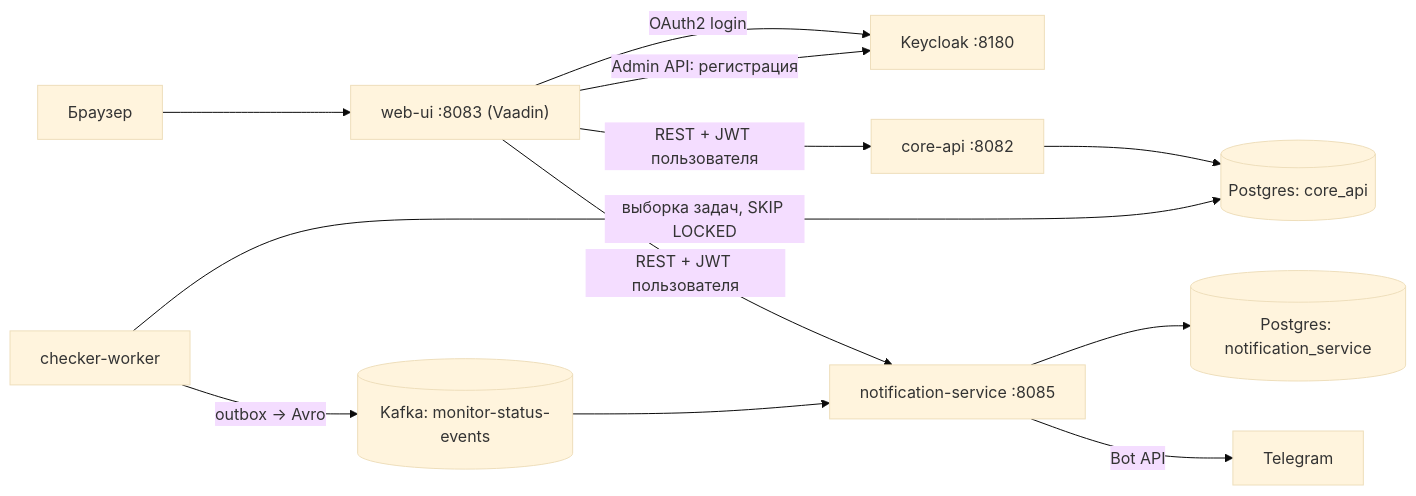
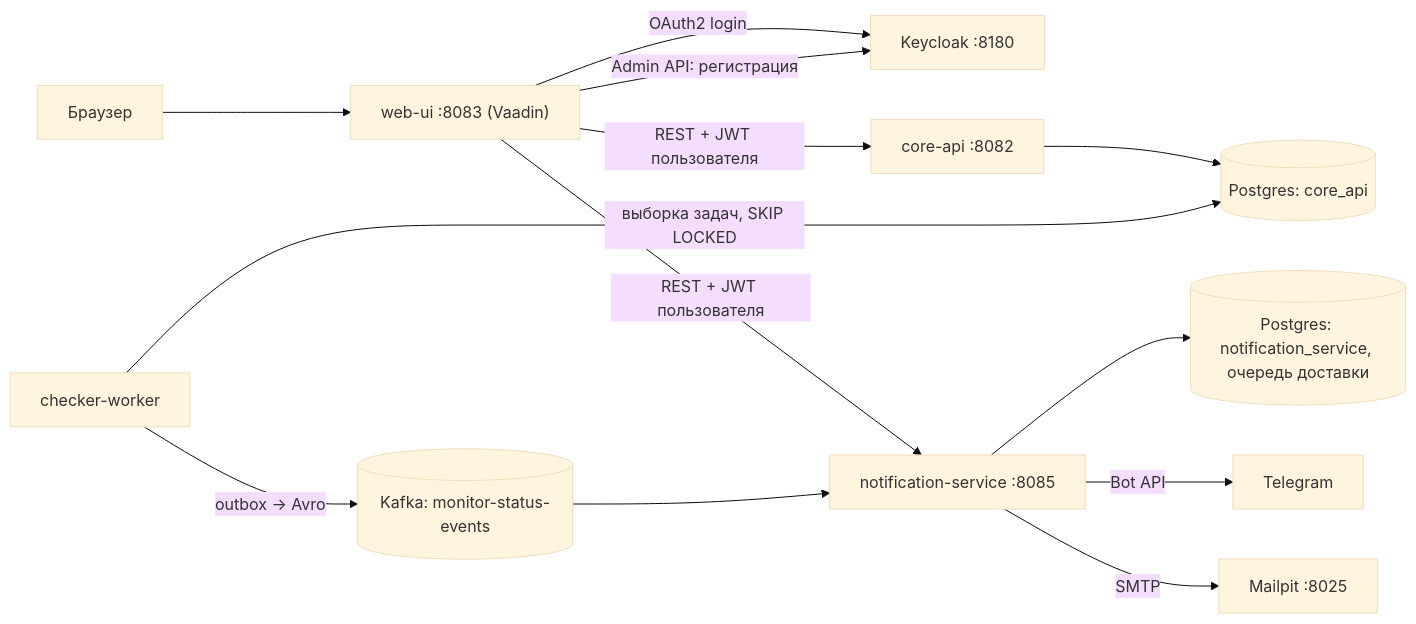
The diagram in README.md (0202-D/monitoring-platform), drawn with Mermaid (base theme) before and after one commit. The commit also changed other lines of this file, not shown here.

````diff
--- a/README.md
+++ b/README.md
@@ -31,14 +34,15 @@
 ```mermaid
 flowchart LR
     Browser["Браузер"] --> WebUI["web-ui :8083 (Vaadin)"]
     WebUI -->|"OAuth2 login"| KC["Keycloak :8180"]
     WebUI -->|"REST + JWT пользователя"| Core["core-api :8082"]
     WebUI -->|"REST + JWT пользователя"| Notif["notification-service :8085"]
     Core --> DB1[("Postgres: core_api")]
     Checker["checker-worker"] -->|"выборка задач, SKIP LOCKED"| DB1
     Checker -->|"outbox → Avro"| Kafka[("Kafka: monitor-status-events")]
     Kafka --> Notif
-    Notif --> DB2[("Postgres: notification_service")]
+    Notif --> DB2[("Postgres: notification_service, очередь доставки")]
     Notif -->|"Bot API"| TG["Telegram"]
+    Notif -->|"SMTP"| Mail["Mailpit :8025"]
     WebUI -->|"Admin API: регистрация"| KC
 ```
````
